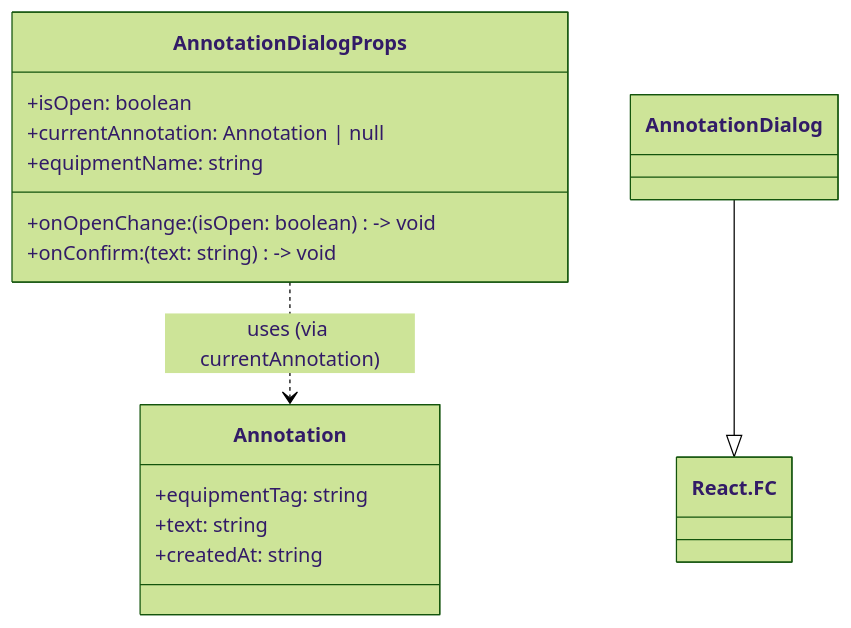
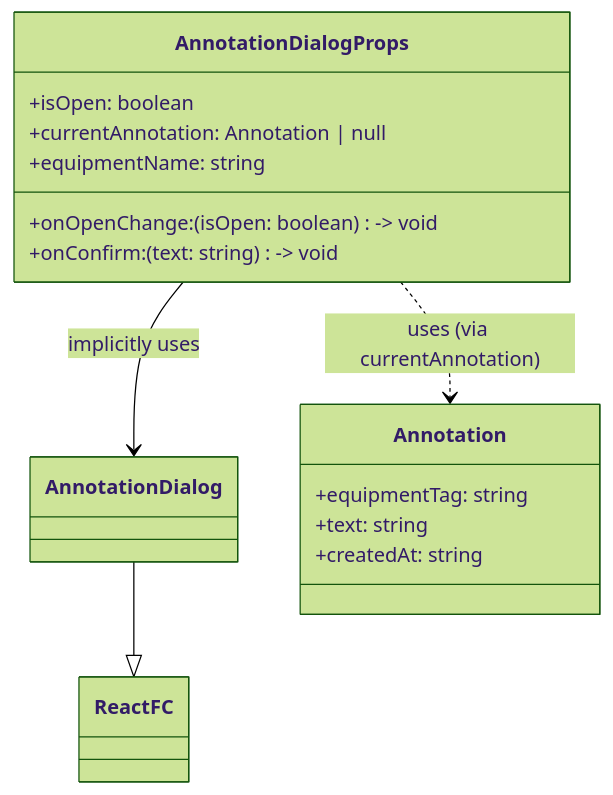
The second of 11 diagrams in documentation/api.md (Dicommunitas/ThreeJS_Terminal_3D), drawn with Mermaid (forest theme) before and after one commit. The commit also changed other lines of this file and 273 other files, not shown here.

Commit message:
Atualizado a documentação com os diagramas.

````diff
--- a/documentation/api.md
+++ b/documentation/api.md
@@ -233,18 +236,20 @@
 ```mermaid
   classDiagram
     class AnnotationDialogProps {
       +isOpen: boolean
       +onOpenChange: (isOpen: boolean) -> void
       +onConfirm: (text: string) -> void
       +currentAnnotation: Annotation | null
       +equipmentName: string
     }
-    AnnotationDialog --|> React.FC
-    AnnotationDialogProps ..> Annotation : uses (via currentAnnotation)
-
+    class AnnotationDialog {}
+    class ReactFC {}
     class Annotation {
       +equipmentTag: string
       +text: string
       +createdAt: string
     }
+    AnnotationDialog --|> ReactFC
+    AnnotationDialogProps ..> Annotation : uses (via currentAnnotation)
+    AnnotationDialogProps --> AnnotationDialog : implicitly uses
 ```
````
